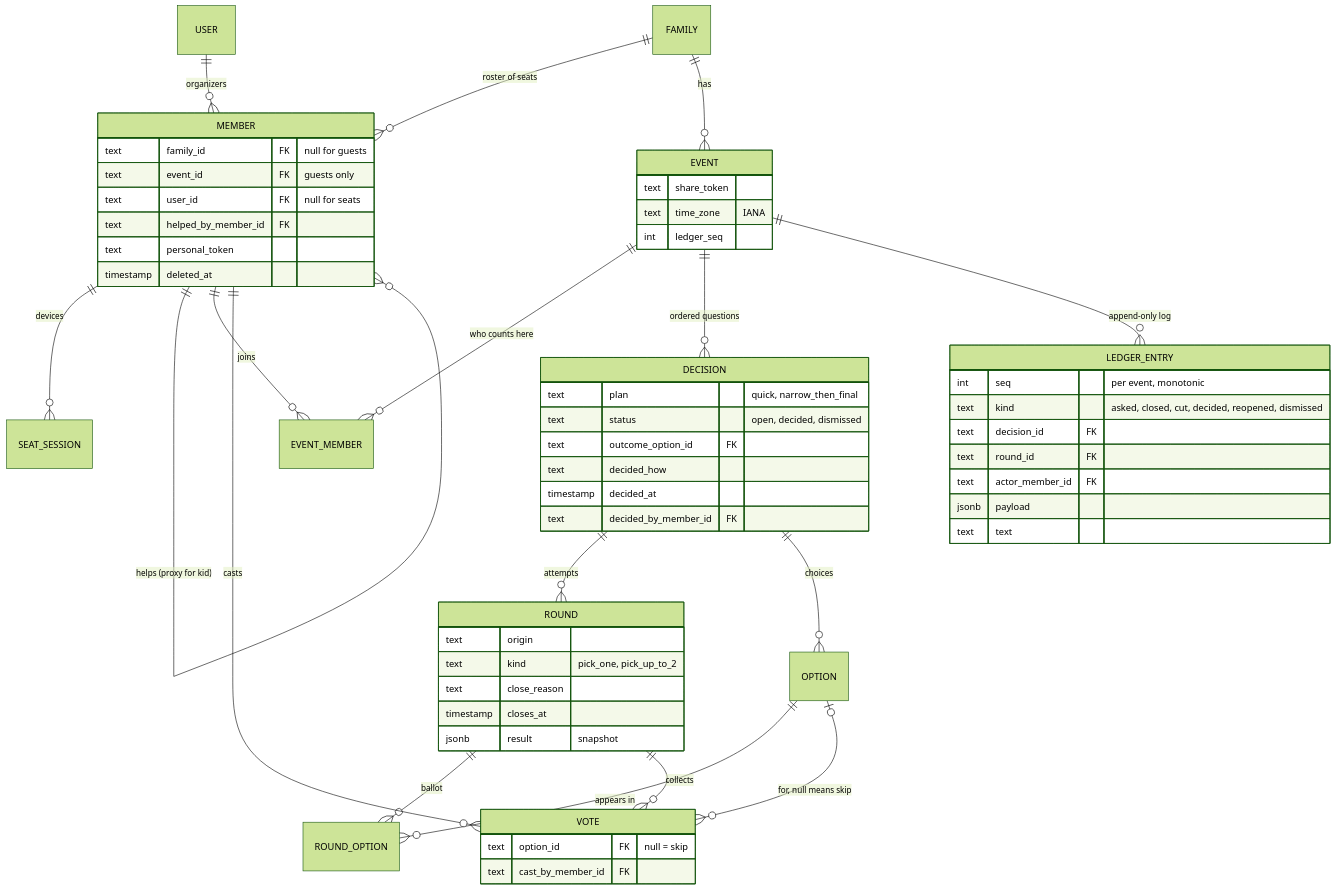
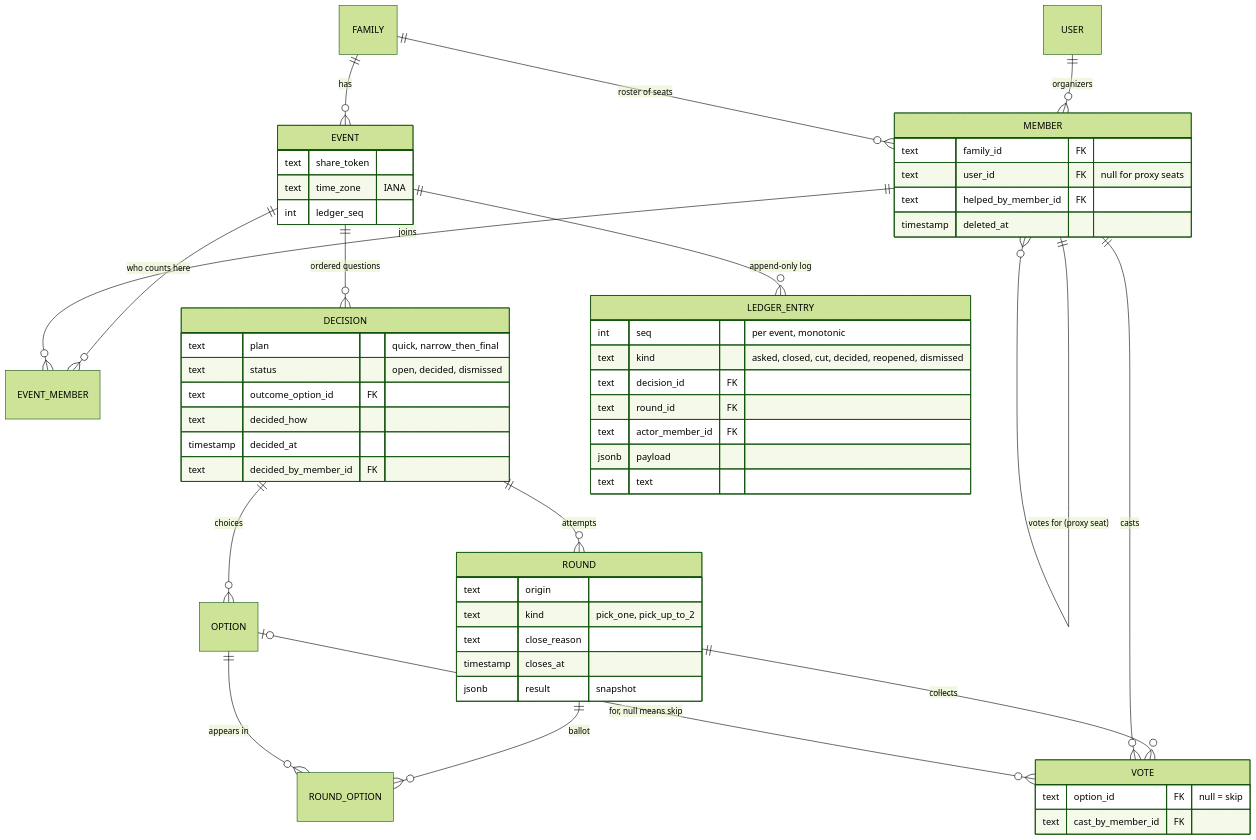
Before and after one commit to shaiss/FamPoll: the second of 2 diagrams in docs/BRAINSTORM.md, drawn with Mermaid (forest theme). The commit also changed other lines of this file and 5 other files, not shown here.

First line of the commit message:
Address review: lock migrations, require DATABASE_URL manually, organizer-only proxy seats, brief consistency

````diff
--- a/docs/BRAINSTORM.md
+++ b/docs/BRAINSTORM.md
@@ -152,60 +150,57 @@
 ```mermaid
 erDiagram
     USER ||--o{ MEMBER : "organizers"
     FAMILY ||--o{ MEMBER : "roster of seats"
     FAMILY ||--o{ EVENT : "has"
-    MEMBER ||--o{ SEAT_SESSION : "devices"
-    MEMBER ||--o{ MEMBER : "helps (proxy for kid)"
+    MEMBER ||--o{ MEMBER : "votes for (proxy seat)"
     EVENT ||--o{ EVENT_MEMBER : "who counts here"
     MEMBER ||--o{ EVENT_MEMBER : "joins"
     EVENT ||--o{ DECISION : "ordered questions"
     DECISION ||--o{ ROUND : "attempts"
     DECISION ||--o{ OPTION : "choices"
     ROUND ||--o{ ROUND_OPTION : "ballot"
     OPTION ||--o{ ROUND_OPTION : "appears in"
     ROUND ||--o{ VOTE : "collects"
     MEMBER ||--o{ VOTE : "casts"
     OPTION o|--o{ VOTE : "for, null means skip"
     EVENT ||--o{ LEDGER_ENTRY : "append-only log"
     EVENT {
         text share_token
         text time_zone "IANA"
         int ledger_seq
     }
     MEMBER {
-        text family_id FK "null for guests"
-        text event_id FK "guests only"
-        text user_id FK "null for seats"
+        text family_id FK
+        text user_id FK "null for proxy seats"
         text helped_by_member_id FK
-        text personal_token
         timestamp deleted_at
     }
     DECISION {
         text plan "quick, narrow_then_final"
         text status "open, decided, dismissed"
         text outcome_option_id FK
         text decided_how
         timestamp decided_at
         text decided_by_member_id FK
     }
     ROUND {
         text origin
         text kind "pick_one, pick_up_to_2"
         text close_reason
         timestamp closes_at
         jsonb result "snapshot"
     }
     VOTE {
         text option_id FK "null = skip"
         text cast_by_member_id FK
     }
     LEDGER_ENTRY {
         int seq "per event, monotonic"
         text kind "asked, closed, cut, decided, reopened, dismissed"
         text decision_id FK
         text round_id FK
         text actor_member_id FK
         jsonb payload
         text text
     }
 ```
````
